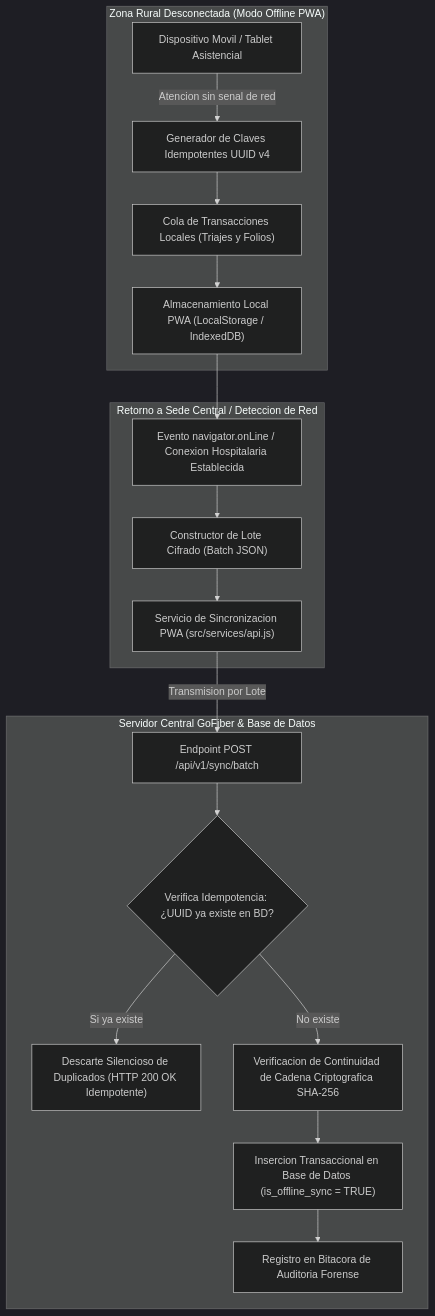
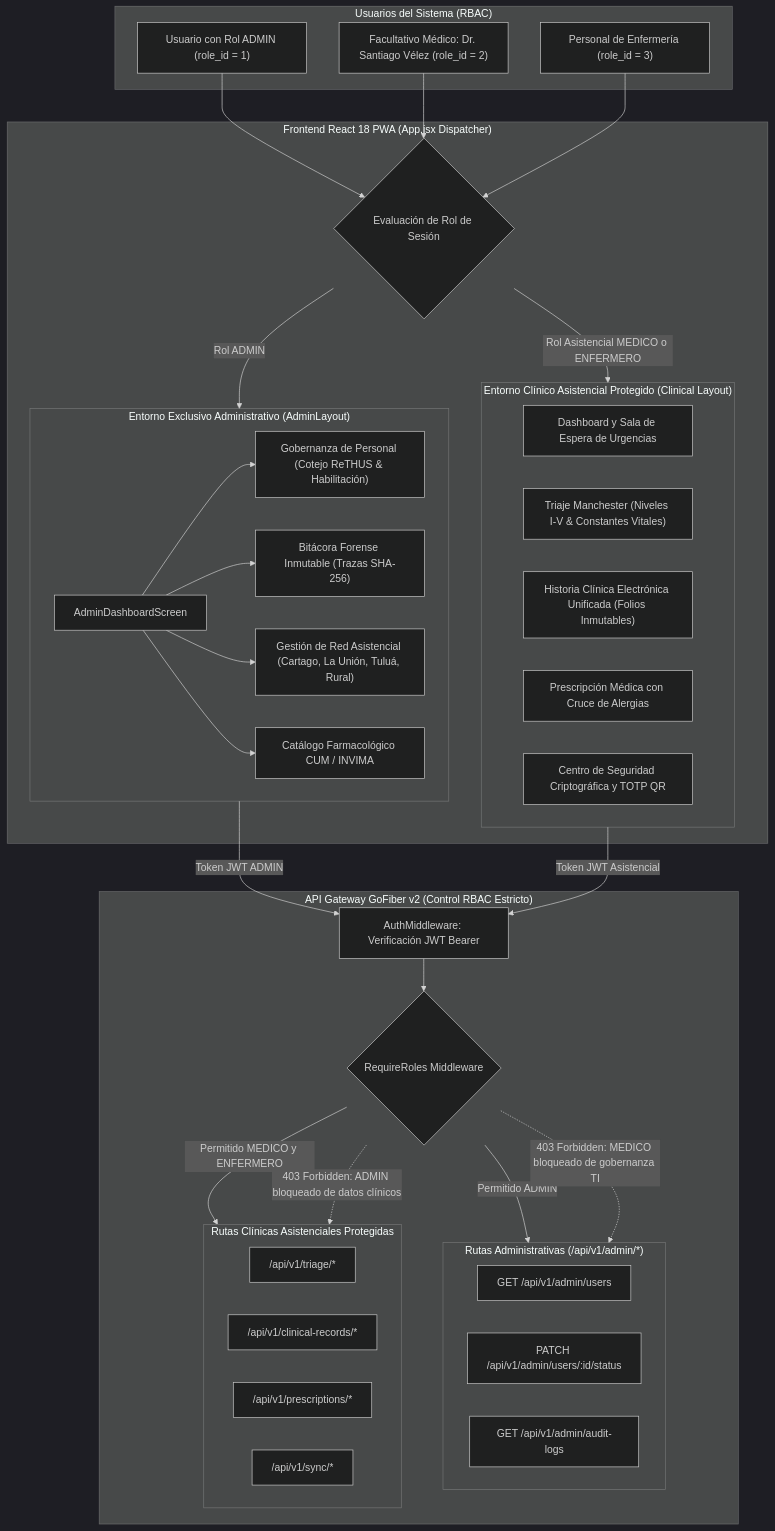
The sixth of 6 diagrams in README.md (ThiagoVelez/Proyecto_felipe), drawn with Mermaid (dark theme) before and after one commit. The commit also changed other lines of this file and 21 other files, not shown here.

Commit message:
docs(readme): actualizar readme con diagramas uml compilados png y svg de gobernanza rethus y adminlayout

````diff
--- a/README.md
+++ b/README.md
@@ -521,39 +648,71 @@
 ```mermaid
-flowchart TD
-    subgraph BrigadaRural ["Zona Rural Desconectada (Modo Offline PWA)"]
-        Tablet["Dispositivo Movil / Tablet Asistencial"]
-        LocalCache["Almacenamiento Local PWA (LocalStorage / IndexedDB)"]
-        UUIDGen["Generador de Claves Idempotentes UUID v4"]
-        OfflineQueue["Cola de Transacciones Locales (Triajes y Folios)"]
-
-        Tablet -->|Atencion sin senal de red| UUIDGen
-        UUIDGen --> OfflineQueue
-        OfflineQueue --> LocalCache
+flowchart TB
+    subgraph Usuarios ["Usuarios del Sistema (RBAC)"]
+        UserAdmin["Usuario con Rol ADMIN (role_id = 1)"]
+        UserMedico["Facultativo Médico: Dr. Santiago Vélez (role_id = 2)"]
+        UserEnfermero["Personal de Enfermería (role_id = 3)"]
     end
 
-    subgraph RestablecimientoConexion ["Retorno a Sede Central / Deteccion de Red"]
-        NetEvent["Evento navigator.onLine / Conexion Hospitalaria Establecida"]
-        BatchBuilder["Constructor de Lote Cifrado (Batch JSON)"]
-        SyncService["Servicio de Sincronizacion PWA (src/services/api.js)"]
+    subgraph FrontendApp ["Frontend React 18 PWA (App.jsx Dispatcher)"]
+        AuthFilter{"Evaluación de Rol de Sesión"}
 
-        LocalCache --> NetEvent
-        NetEvent --> BatchBuilder
-        BatchBuilder --> SyncService
+        subgraph AdminScope ["Entorno Exclusivo Administrativo (AdminLayout)"]
+            AdminDash["AdminDashboardScreen"]
+            ModGobernanza["Gobernanza de Personal (Cotejo ReTHUS & Habilitación)"]
+            ModAuditoria["Bitácora Forense Inmutable (Trazas SHA-256)"]
+            ModSedes["Gestión de Red Asistencial (Cartago, La Unión, Tuluá, Rural)"]
+            ModCatalogo["Catálogo Farmacológico CUM / INVIMA"]
+            AdminDash --> ModGobernanza
+            AdminDash --> ModAuditoria
+            AdminDash --> ModSedes
+            AdminDash --> ModCatalogo
+        end
+
+        subgraph ClinicalScope ["Entorno Clínico Asistencial Protegido (Clinical Layout)"]
+            ClinicalDash["Dashboard y Sala de Espera de Urgencias"]
+            ModTriage["Triaje Manchester (Niveles I-V & Constantes Vitales)"]
+            ModHCE["Historia Clínica Electrónica Unificada (Folios Inmutables)"]
+            ModPresc["Prescripción Médica con Cruce de Alergias"]
+            ModMFA["Centro de Seguridad Criptográfica y TOTP QR"]
+        end
     end
 
-    subgraph BackendGo ["Servidor Central GoFiber & Base de Datos"]
-        SyncEndpoint["Endpoint POST /api/v1/sync/batch"]
-        IdempotencyCheck{"Verifica Idempotencia: ¿UUID ya existe en BD?"}
-        RejectDuplicate["Descarte Silencioso de Duplicados (HTTP 200 OK Idempotente)"]
-        ChainVerify["Verificacion de Continuidad de Cadena Criptografica SHA-256"]
-        PersistBatch["Insercion Transaccional en Base de Datos (is_offline_sync = TRUE)"]
-        AuditBatch["Registro en Bitacora de Auditoria Forense"]
+    subgraph BackendGateway ["API Gateway GoFiber v2 (Control RBAC Estricto)"]
+        AuthMiddleware["AuthMiddleware: Verificación JWT Bearer"]
+        RBACCheck{"RequireRoles Middleware"}
 
-        SyncService -->|Transmision por Lote| SyncEndpoint
-        SyncEndpoint --> IdempotencyCheck
-        IdempotencyCheck -->|Si ya existe| RejectDuplicate
-        IdempotencyCheck -->|No existe| ChainVerify
-        ChainVerify --> PersistBatch
-        PersistBatch --> AuditBatch
+        subgraph EndpointsAdmin ["Rutas Administrativas (/api/v1/admin/*)"]
+            RouteUsers["GET /api/v1/admin/users"]
+            RouteStatus["PATCH /api/v1/admin/users/:id/status"]
+            RouteLogs["GET /api/v1/admin/audit-logs"]
+        end
+
+        subgraph EndpointsClinicos ["Rutas Clínicas Asistenciales Protegidas"]
+            RouteTriage["/api/v1/triage/*"]
+            RouteHCE["/api/v1/clinical-records/*"]
+            RoutePresc["/api/v1/prescriptions/*"]
+            RouteSync["/api/v1/sync/*"]
+        end
     end
+
+    %% Enrutamiento Frontend
+    UserAdmin --> AuthFilter
+    UserMedico --> AuthFilter
+    UserEnfermero --> AuthFilter
+
+    AuthFilter -->|Rol ADMIN| AdminScope
+    AuthFilter -->|Rol Asistencial MEDICO o ENFERMERO| ClinicalScope
+
+    %% Llamadas de Red Seguras
+    AdminScope -->|Token JWT ADMIN| AuthMiddleware
+    ClinicalScope -->|Token JWT Asistencial| AuthMiddleware
+
+    AuthMiddleware --> RBACCheck
+
+    RBACCheck -->|Permitido ADMIN| EndpointsAdmin
+    RBACCheck -->|Permitido MEDICO y ENFERMERO| EndpointsClinicos
+
+    %% Restricciones de Ley y Bloqueos
+    RBACCheck -.->|403 Forbidden: ADMIN bloqueado de datos clínicos| EndpointsClinicos
+    RBACCheck -.->|403 Forbidden: MEDICO bloqueado de gobernanza TI| EndpointsAdmin
 ```
````
